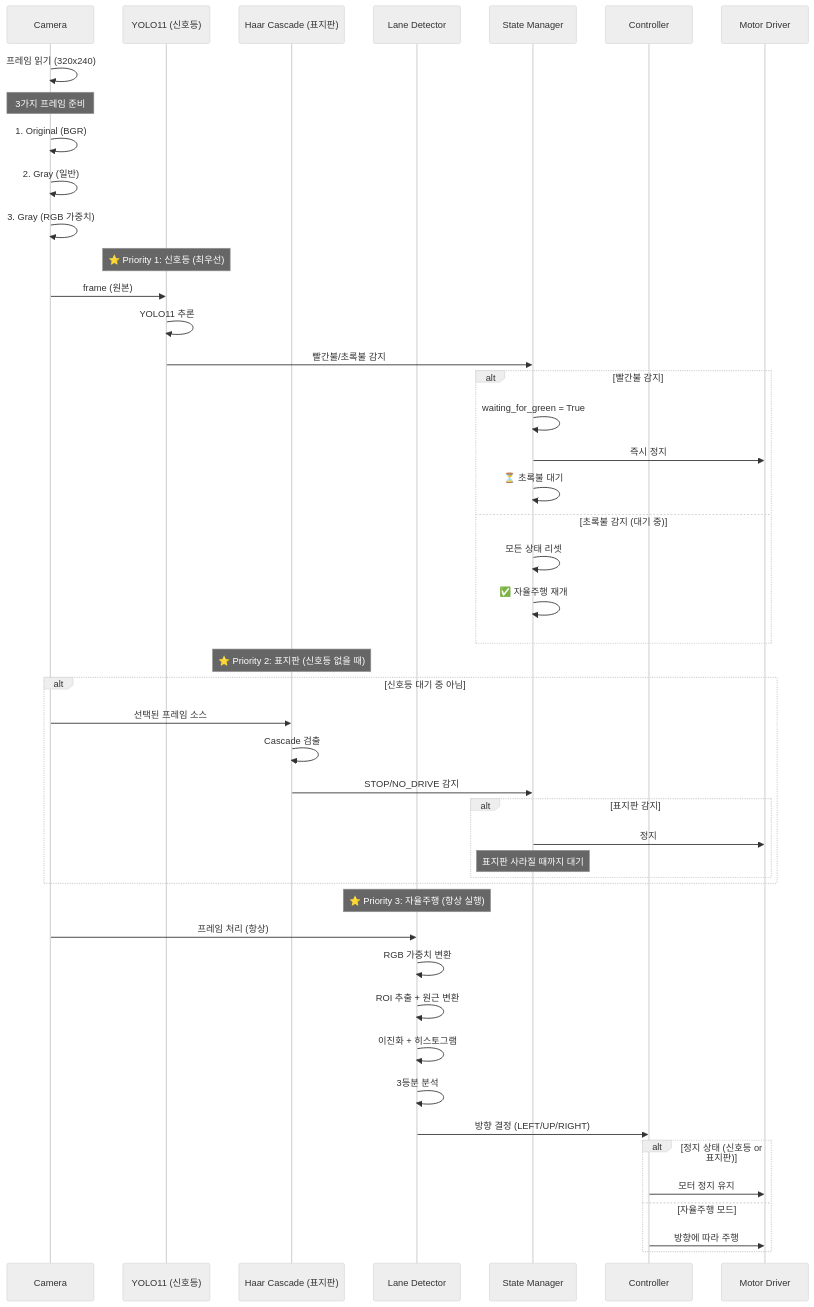
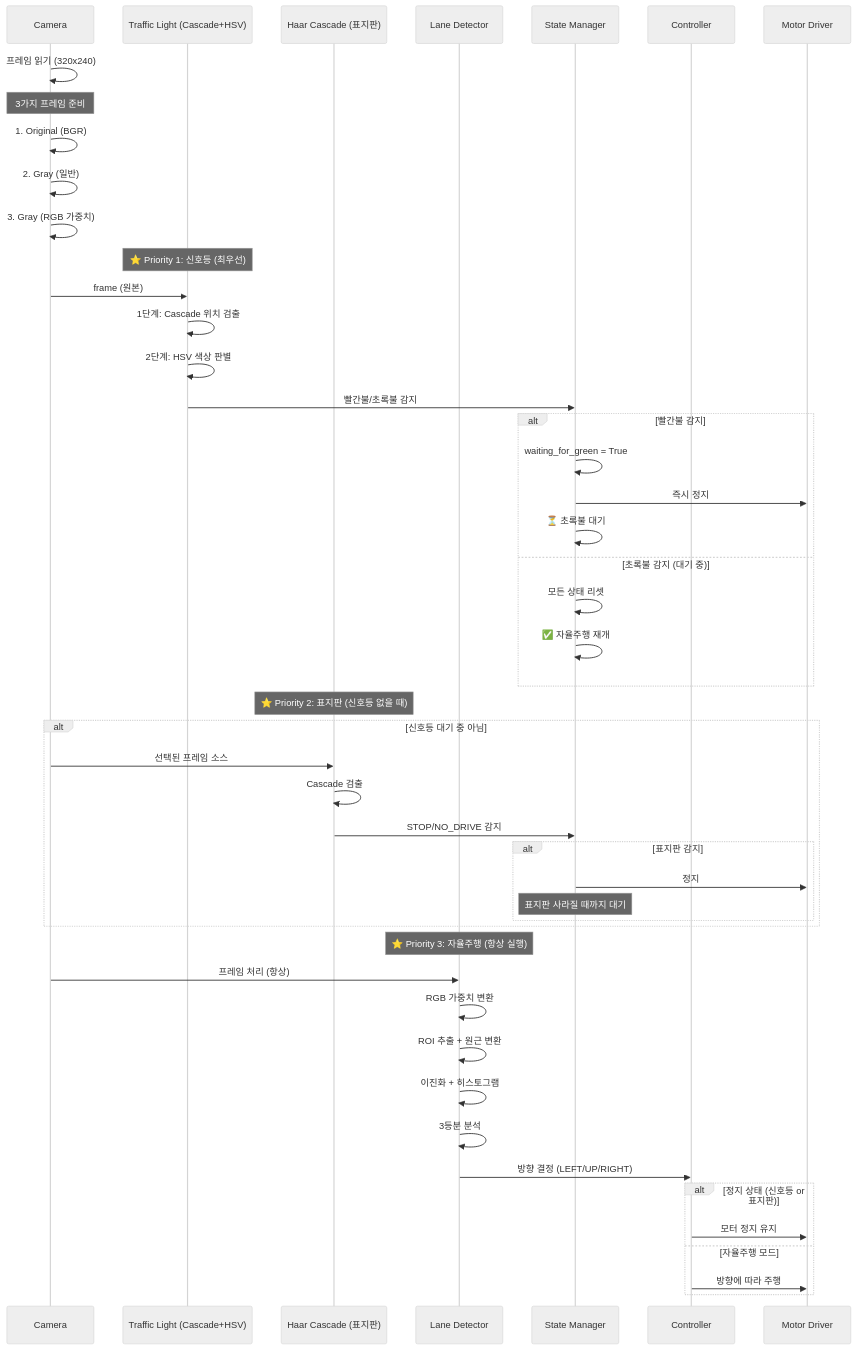
One commit to Collegenie-X/Raspbot-v2-self-driving-car changed the fifth of 16 diagrams in 06_final_self_driving/_2단계_알고리즘_및_구현_가이드.md. Above: the diagram before and after it, drawn with Mermaid (neutral theme). The commit also changed other lines of this file and 5 other files, not shown here.

````diff
--- a/06_final_self_driving/_2단계_알고리즘_및_구현_가이드.md
+++ b/06_final_self_driving/_2단계_알고리즘_및_구현_가이드.md
@@ -183,57 +183,58 @@
 ```mermaid
 sequenceDiagram
     participant CAM as Camera
-    participant YOLO as YOLO11 (신호등)
+    participant TRAFFIC as Traffic Light (Cascade+HSV)
     participant HAAR as Haar Cascade (표지판)
     participant LANE as Lane Detector
     participant STATE as State Manager
     participant CTRL as Controller
     participant MOTOR as Motor Driver
     
     CAM->>CAM: 프레임 읽기 (320x240)
     
     Note over CAM: 3가지 프레임 준비
     CAM->>CAM: 1. Original (BGR)
     CAM->>CAM: 2. Gray (일반)
     CAM->>CAM: 3. Gray (RGB 가중치)
     
-    Note over YOLO: ⭐ Priority 1: 신호등 (최우선)
-    CAM->>YOLO: frame (원본)
-    YOLO->>YOLO: YOLO11 추론
-    YOLO->>STATE: 빨간불/초록불 감지
+    Note over TRAFFIC: ⭐ Priority 1: 신호등 (최우선)
+    CAM->>TRAFFIC: frame (원본)
+    TRAFFIC->>TRAFFIC: 1단계: Cascade 위치 검출
+    TRAFFIC->>TRAFFIC: 2단계: HSV 색상 판별
+    TRAFFIC->>STATE: 빨간불/초록불 감지
     
     alt 빨간불 감지
         STATE->>STATE: waiting_for_green = True
         STATE->>MOTOR: 즉시 정지
         STATE->>STATE: ⏳ 초록불 대기
     else 초록불 감지 (대기 중)
         STATE->>STATE: 모든 상태 리셋
         STATE->>STATE: ✅ 자율주행 재개
     end
     
     Note over HAAR: ⭐ Priority 2: 표지판 (신호등 없을 때)
     alt 신호등 대기 중 아님
         CAM->>HAAR: 선택된 프레임 소스
         HAAR->>HAAR: Cascade 검출
         HAAR->>STATE: STOP/NO_DRIVE 감지
         
         alt 표지판 감지
             STATE->>MOTOR: 정지
             Note over STATE: 표지판 사라질 때까지 대기
         end
     end
     
     Note over LANE: ⭐ Priority 3: 자율주행 (항상 실행)
     CAM->>LANE: 프레임 처리 (항상)
     LANE->>LANE: RGB 가중치 변환
     LANE->>LANE: ROI 추출 + 원근 변환
     LANE->>LANE: 이진화 + 히스토그램
     LANE->>LANE: 3등분 분석
     LANE->>CTRL: 방향 결정 (LEFT/UP/RIGHT)
     
     alt 정지 상태 (신호등 or 표지판)
         CTRL->>MOTOR: 모터 정지 유지
     else 자율주행 모드
         CTRL->>MOTOR: 방향에 따라 주행
     end
 ```
````
